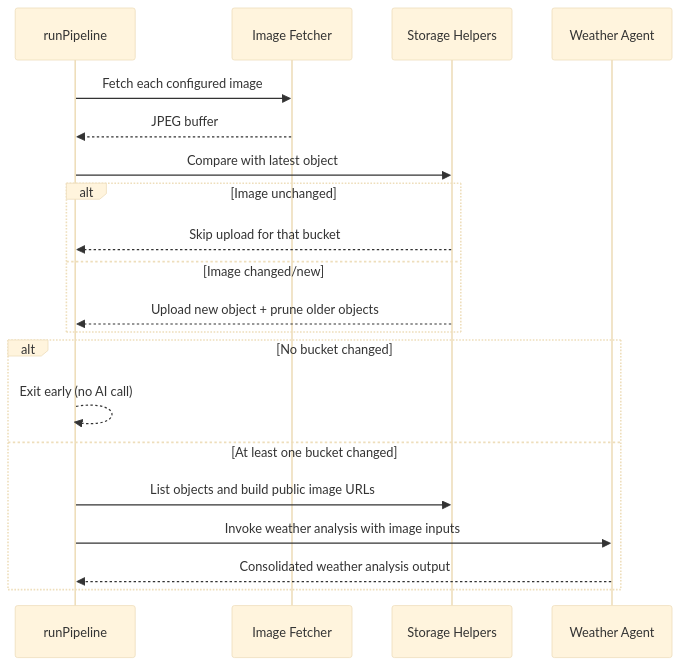
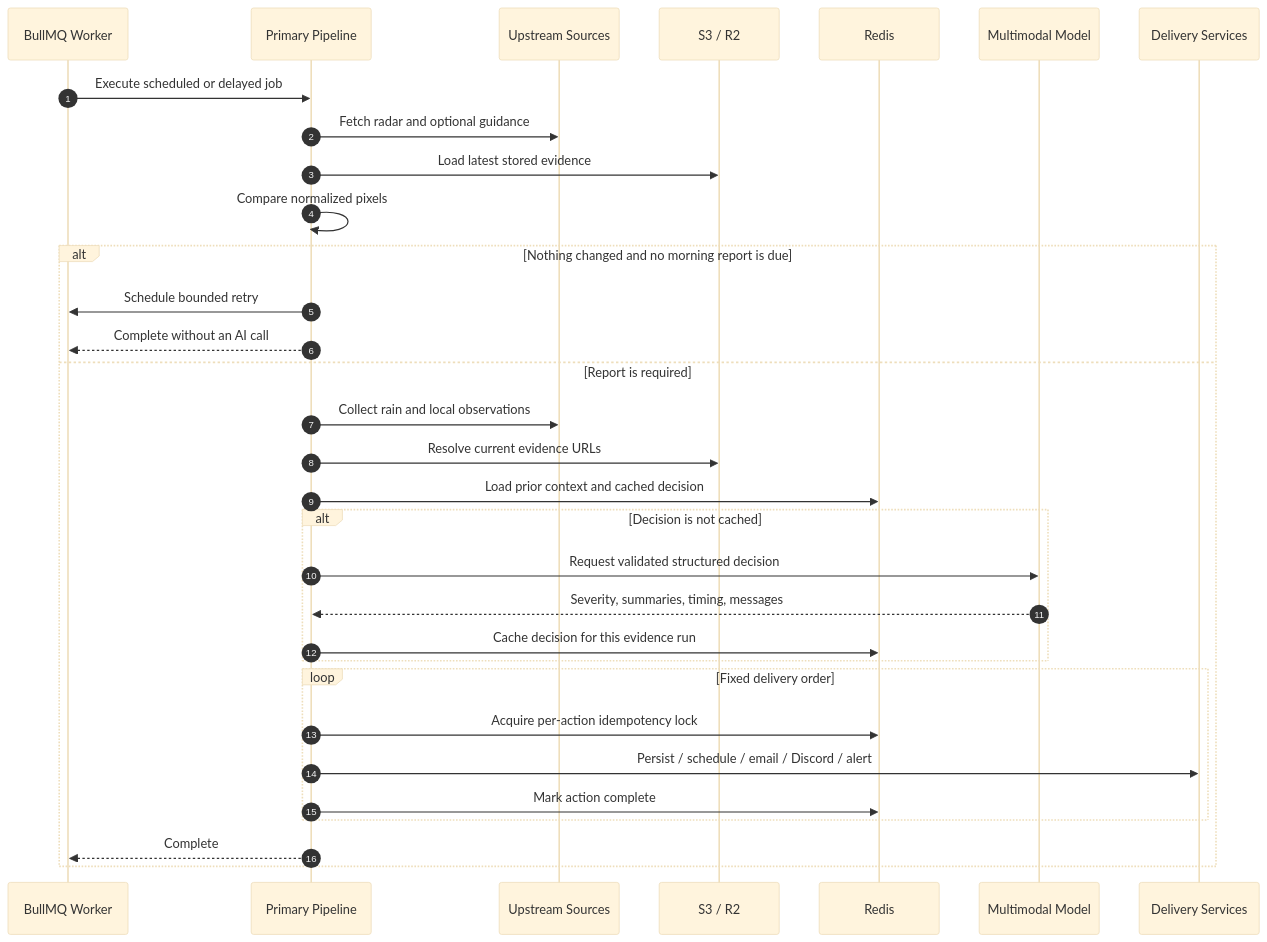
Before and after one commit to aneeshpatne/mausam3.0: the third of 5 diagrams in README.md, drawn with Mermaid (base theme). The commit also changed other lines of this file and 2 other files, not shown here.

````diff
--- a/README.md
+++ b/README.md
@@ -31,24 +144,36 @@
 ```mermaid
 sequenceDiagram
-	participant P as runPipeline
-	participant I as Image Fetcher
-	participant S as Storage Helpers
-	participant A as Weather Agent
+    autonumber
+    participant Q as BullMQ Worker
+    participant P as Primary Pipeline
+    participant U as Upstream Sources
+    participant S as S3 / R2
+    participant R as Redis
+    participant M as Multimodal Model
+    participant D as Delivery Services
 
-	P->>I: Fetch each configured image
-	I-->>P: JPEG buffer
-	P->>S: Compare with latest object
-	alt Image unchanged
-		S-->>P: Skip upload for that bucket
-	else Image changed/new
-		S-->>P: Upload new object + prune older objects
-	end
+    Q->>P: Execute scheduled or delayed job
+    P->>U: Fetch radar and optional guidance
+    P->>S: Load latest stored evidence
+    P->>P: Compare normalized pixels
 
-	alt No bucket changed
-		P-->>P: Exit early (no AI call)
-	else At least one bucket changed
-		P->>S: List objects and build public image URLs
-		P->>A: Invoke weather analysis with image inputs
-		A-->>P: Consolidated weather analysis output
-	end
+    alt Nothing changed and no morning report is due
+        P->>Q: Schedule bounded retry
+        P-->>Q: Complete without an AI call
+    else Report is required
+        P->>U: Collect rain and local observations
+        P->>S: Resolve current evidence URLs
+        P->>R: Load prior context and cached decision
+        alt Decision is not cached
+            P->>M: Request validated structured decision
+            M-->>P: Severity, summaries, timing, messages
+            P->>R: Cache decision for this evidence run
+        end
+        loop Fixed delivery order
+            P->>R: Acquire per-action idempotency lock
+            P->>D: Persist / schedule / email / Discord / alert
+            P->>R: Mark action complete
+        end
+        P-->>Q: Complete
+    end
 ```
````
